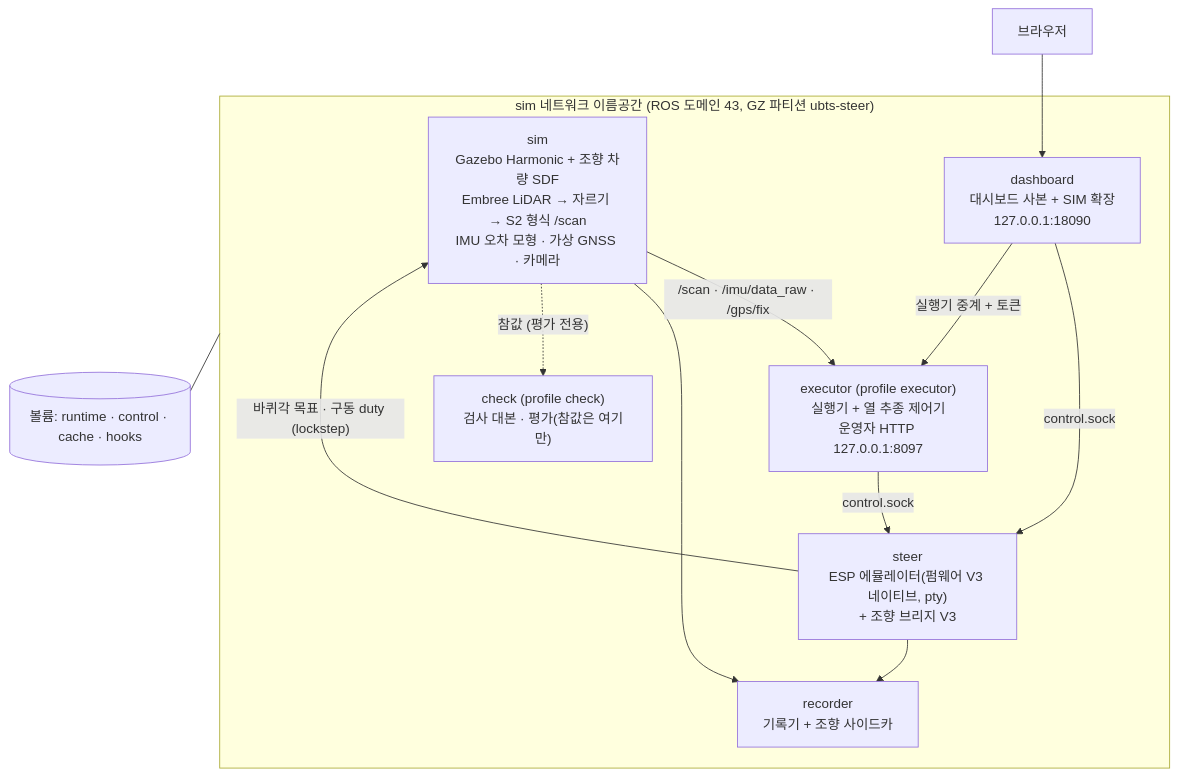
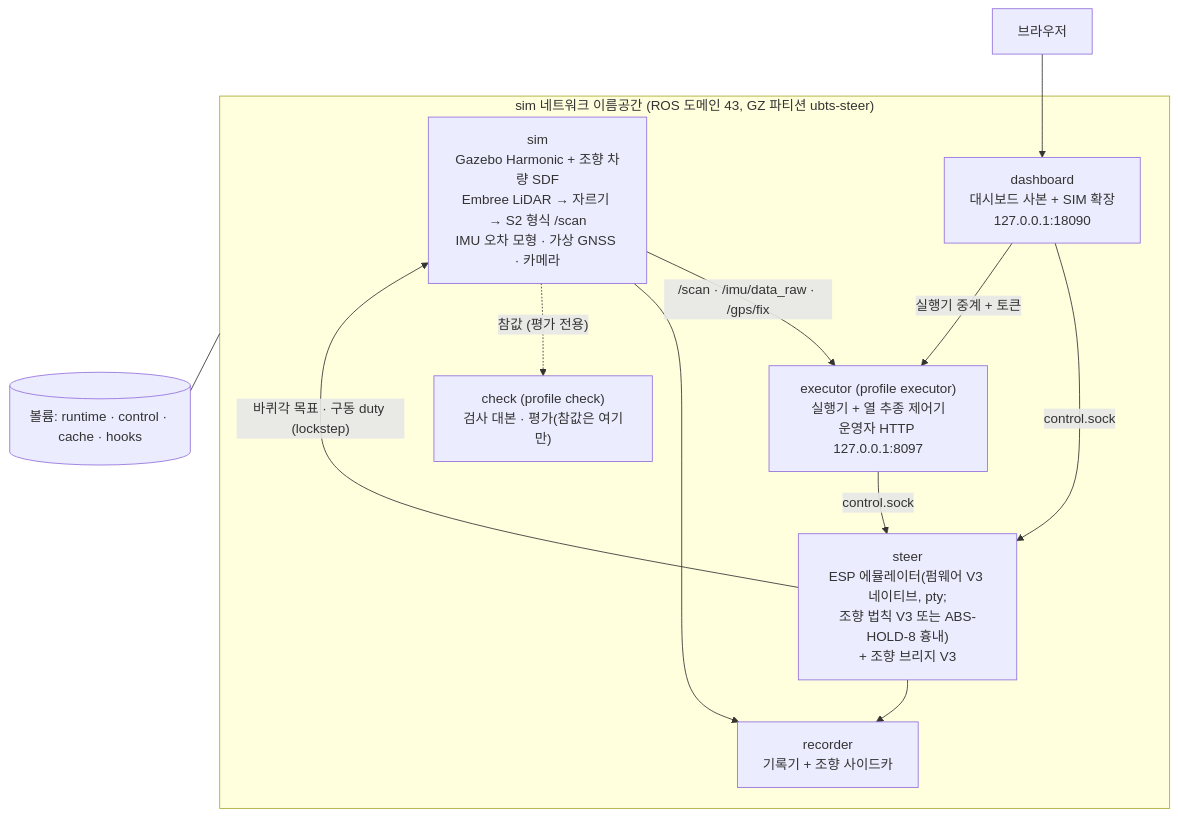
One commit to 2026-BTS-UNI-Car/unist_orchard_simulation changed the third of 7 diagrams in docs/ARCHITECTURE_KO.md. Above: the diagram before and after it, drawn with Mermaid. The commit also changed other lines of this file and 29 other files, not shown here.

First line of the commit message:
Add the measured-dimension profile and an ABS-HOLD-8 steering law mode for the SIM ESP emulator

````diff
--- a/docs/ARCHITECTURE_KO.md
+++ b/docs/ARCHITECTURE_KO.md
@@ -60,22 +114,22 @@
 ```mermaid
 flowchart TB
   subgraph NS["sim 네트워크 이름공간 (ROS 도메인 43, GZ 파티션 ubts-steer)"]
     SIMC["sim<br/>Gazebo Harmonic + 조향 차량 SDF<br/>Embree LiDAR → 자르기 → S2 형식 /scan<br/>IMU 오차 모형 · 가상 GNSS · 카메라"]
-    STEER["steer<br/>ESP 에뮬레이터(펌웨어 V3 네이티브, pty)<br/>+ 조향 브리지 V3"]
+    STEER["steer<br/>ESP 에뮬레이터(펌웨어 V3 네이티브, pty;<br/>조향 법칙 V3 또는 ABS-HOLD-8 흉내)<br/>+ 조향 브리지 V3"]
     RECC["recorder<br/>기록기 + 조향 사이드카"]
     DASH["dashboard<br/>대시보드 사본 + SIM 확장<br/>127.0.0.1:18090"]
     EXEC["executor (profile executor)<br/>실행기 + 열 추종 제어기<br/>운영자 HTTP 127.0.0.1:8097"]
     CHK["check (profile check)<br/>검사 대본 · 평가(참값은 여기만)"]
   end
   VOL[("볼륨: runtime · control · cache · hooks")]
   BROWSER["브라우저"] --> DASH
   SIMC -->|"/scan · /imu/data_raw · /gps/fix"| EXEC
   EXEC -->|"control.sock"| STEER
   DASH -->|"control.sock"| STEER
   DASH -->|"실행기 중계 + 토큰"| EXEC
   STEER -->|"바퀴각 목표 · 구동 duty (lockstep)"| SIMC
   SIMC --> RECC
   STEER --> RECC
   SIMC -.->|"참값 (평가 전용)"| CHK
   NS --- VOL
 ```
````
